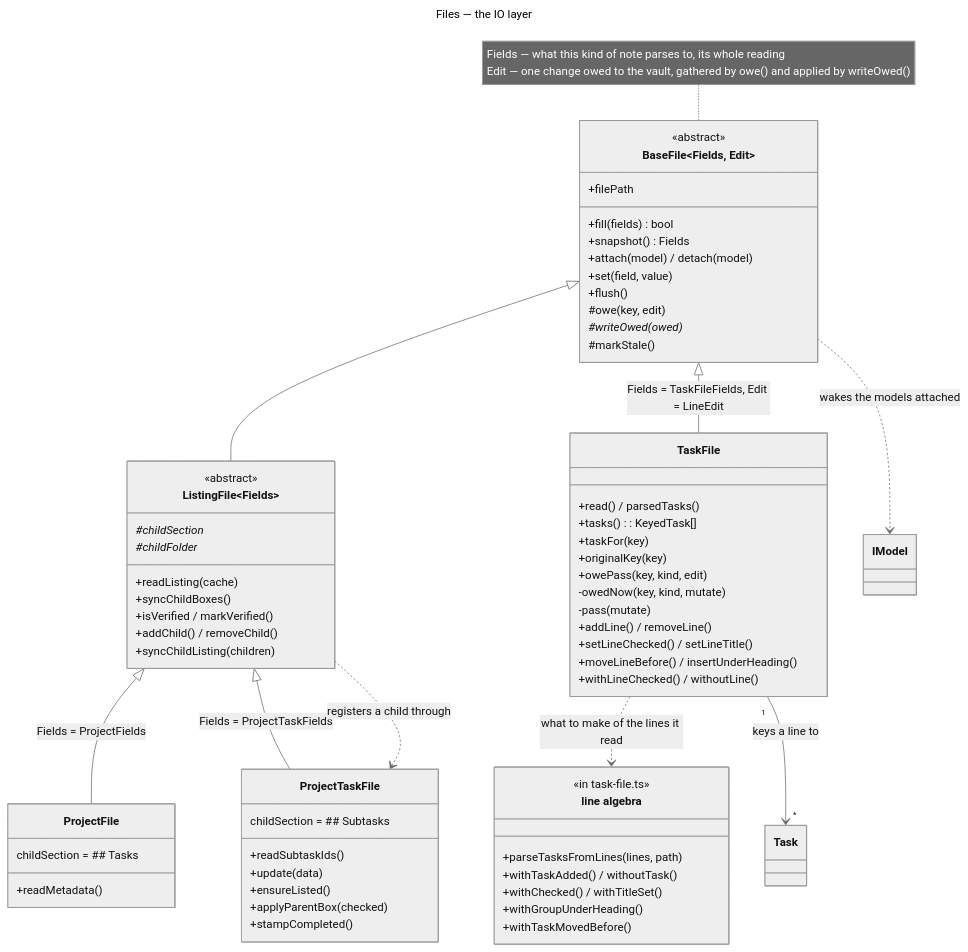
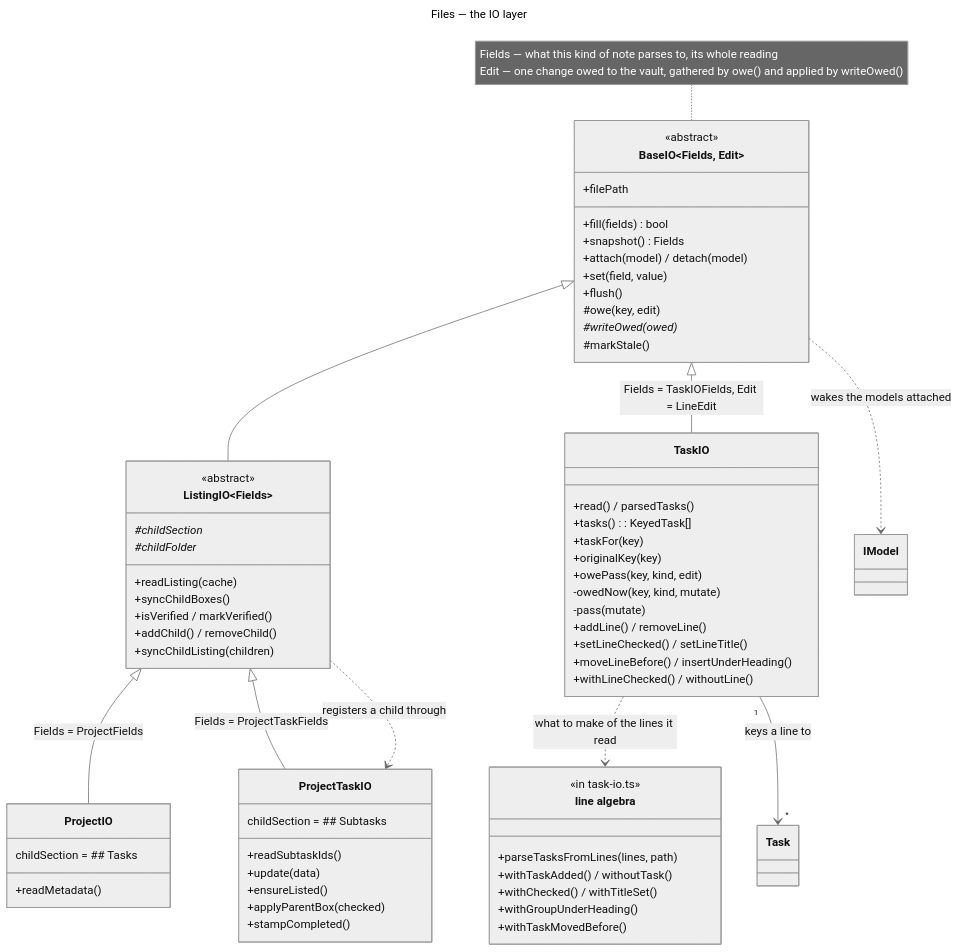
One commit to Laurent-Ferier/pm-compass changed the diagram in docs/technical/diagrams/files.mmd. Above: the diagram before and after it, drawn with Mermaid (neutral theme). The commit also changed 70 other files, not shown here.

```diff
--- a/docs/technical/diagrams/files.mmd
+++ b/docs/technical/diagrams/files.mmd
@@ -1,78 +1,78 @@
 ---
 title: Files — the IO layer
 ---
 classDiagram
   direction TB
 
-  class BaseFile~Fields, Edit~ {
+  class BaseIO~Fields, Edit~ {
     <<abstract>>
     +filePath
     +fill(fields) bool
     +snapshot() Fields
     +attach(model) / detach(model)
     +set(field, value)
     +flush()
     #owe(key, edit)
     #writeOwed(owed)*
     #markStale()
   }
 
-  class ListingFile~Fields~ {
+  class ListingIO~Fields~ {
     <<abstract>>
     +readListing(cache)
     +syncChildBoxes()
     +isVerified / markVerified()
     +addChild() / removeChild()
     +syncChildListing(children)
     #childSection*
     #childFolder*
   }
 
-  class ProjectFile {
+  class ProjectIO {
     +readMetadata()
     childSection = ## Tasks
   }
 
-  class ProjectTaskFile {
+  class ProjectTaskIO {
     +readSubtaskIds()
     +update(data)
     +ensureListed()
     +applyParentBox(checked)
     +stampCompleted()
     childSection = ## Subtasks
   }
 
-  class TaskFile {
+  class TaskIO {
     +read() / parsedTasks()
     +tasks(): KeyedTask[]
     +taskFor(key)
     +originalKey(key)
     +owePass(key, kind, edit)
     -owedNow(key, kind, mutate)
     -pass(mutate)
     +addLine() / removeLine()
     +setLineChecked() / setLineTitle()
     +moveLineBefore() / insertUnderHeading()
     +withLineChecked() / withoutLine()
   }
 
   class lineAlgebra["line algebra"] {
-    <<in task-file.ts>>
+    <<in task-io.ts>>
     +parseTasksFromLines(lines, path)
     +withTaskAdded() / withoutTask()
     +withChecked() / withTitleSet()
     +withGroupUnderHeading()
     +withTaskMovedBefore()
   }
 
-  note for BaseFile "Fields — what this kind of note parses to, its whole reading<br/>Edit — one change owed to the vault, gathered by owe() and applied by writeOwed()"
+  note for BaseIO "Fields — what this kind of note parses to, its whole reading<br/>Edit — one change owed to the vault, gathered by owe() and applied by writeOwed()"
 
-  BaseFile <|-- ListingFile
-  BaseFile <|-- TaskFile : Fields = TaskFileFields, Edit = LineEdit
-  ListingFile <|-- ProjectFile : Fields = ProjectFields
-  ListingFile <|-- ProjectTaskFile : Fields = ProjectTaskFields
+  BaseIO <|-- ListingIO
+  BaseIO <|-- TaskIO : Fields = TaskIOFields, Edit = LineEdit
+  ListingIO <|-- ProjectIO : Fields = ProjectFields
+  ListingIO <|-- ProjectTaskIO : Fields = ProjectTaskFields
 
-  BaseFile ..> IModel : wakes the models attached
-  ListingFile ..> ProjectTaskFile : registers a child through
-  TaskFile ..> lineAlgebra : what to make of the lines it read
-  TaskFile "1" --> "*" Task : keys a line to
+  BaseIO ..> IModel : wakes the models attached
+  ListingIO ..> ProjectTaskIO : registers a child through
+  TaskIO ..> lineAlgebra : what to make of the lines it read
+  TaskIO "1" --> "*" Task : keys a line to
```
